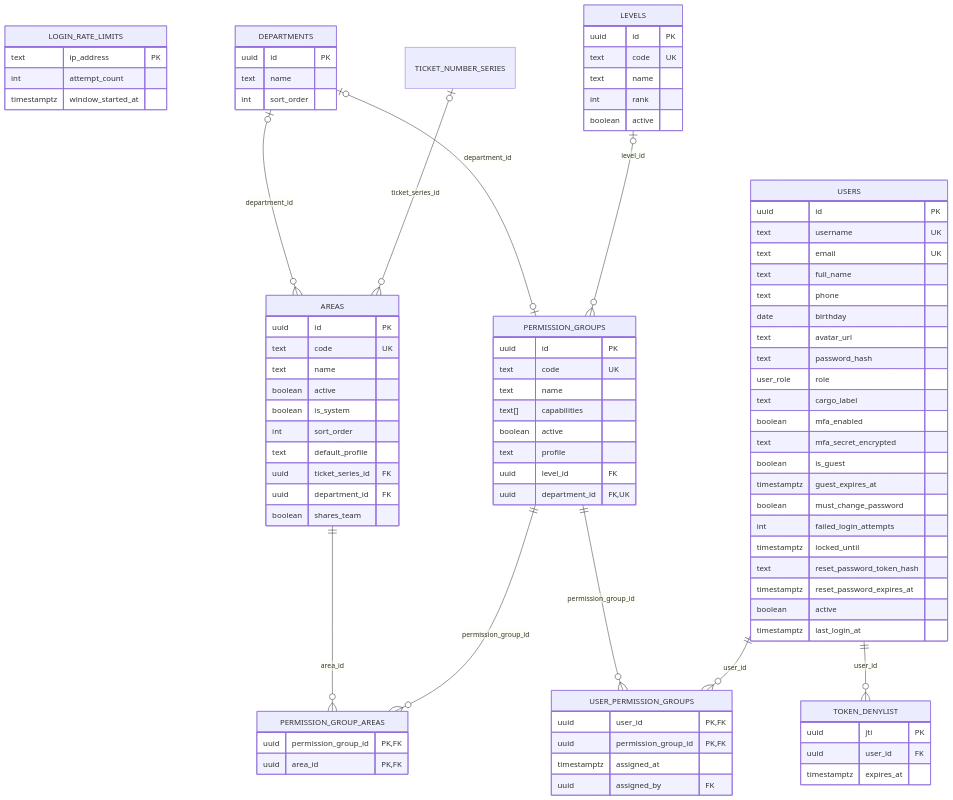
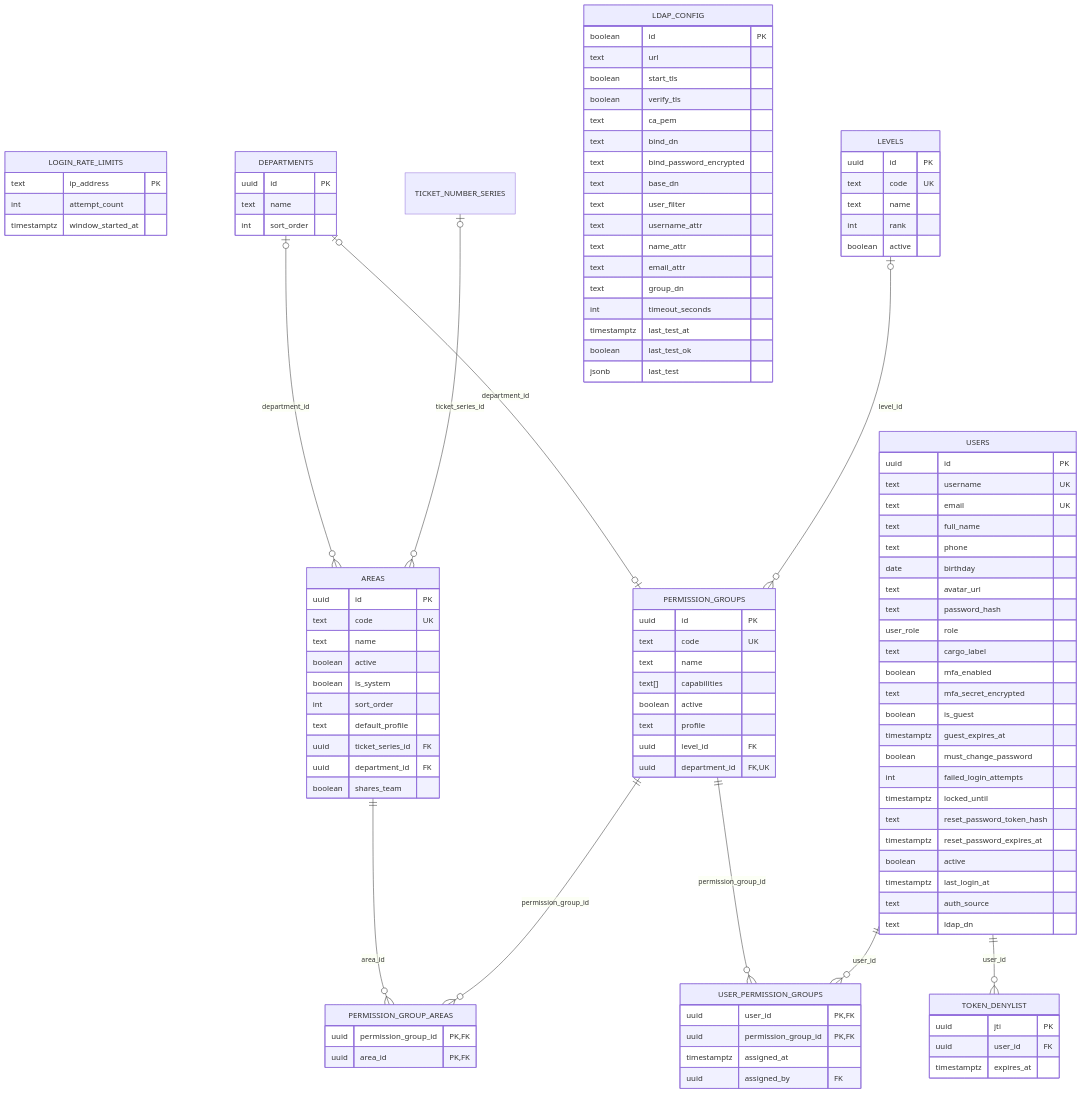
The first of 17 diagrams in docs/modelo-de-datos.md (athomo001/BitacoraSOC), drawn with Mermaid before and after one commit. The commit also changed other lines of this file and 59 other files, not shown here.

```diff
--- a/docs/modelo-de-datos.md
+++ b/docs/modelo-de-datos.md
@@ -61,6 +61,8 @@
         timestamptz reset_password_expires_at
         boolean active
         timestamptz last_login_at
+        text auth_source
+        text ldap_dn
     }
     LOGIN_RATE_LIMITS {
         text ip_address PK
@@ -116,6 +118,25 @@
         timestamptz assigned_at
         uuid assigned_by FK
     }
+    LDAP_CONFIG {
+        boolean id PK
+        text url
+        boolean start_tls
+        boolean verify_tls
+        text ca_pem
+        text bind_dn
+        text bind_password_encrypted
+        text base_dn
+        text user_filter
+        text username_attr
+        text name_attr
+        text email_attr
+        text group_dn
+        int timeout_seconds
+        timestamptz last_test_at
+        boolean last_test_ok
+        jsonb last_test
+    }
 
     AREAS ||--o{ PERMISSION_GROUP_AREAS : "area_id"
     DEPARTMENTS |o--o{ AREAS : "department_id"
```
